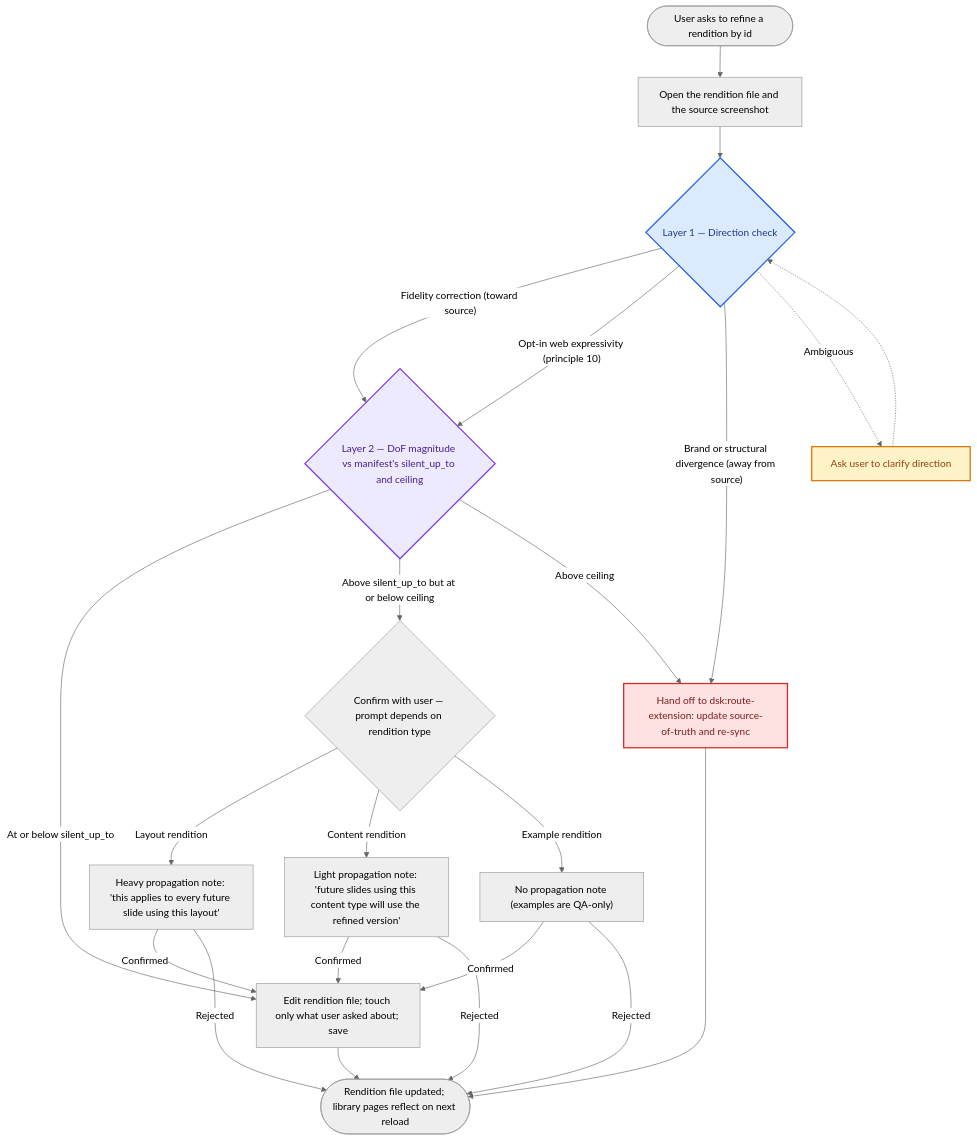
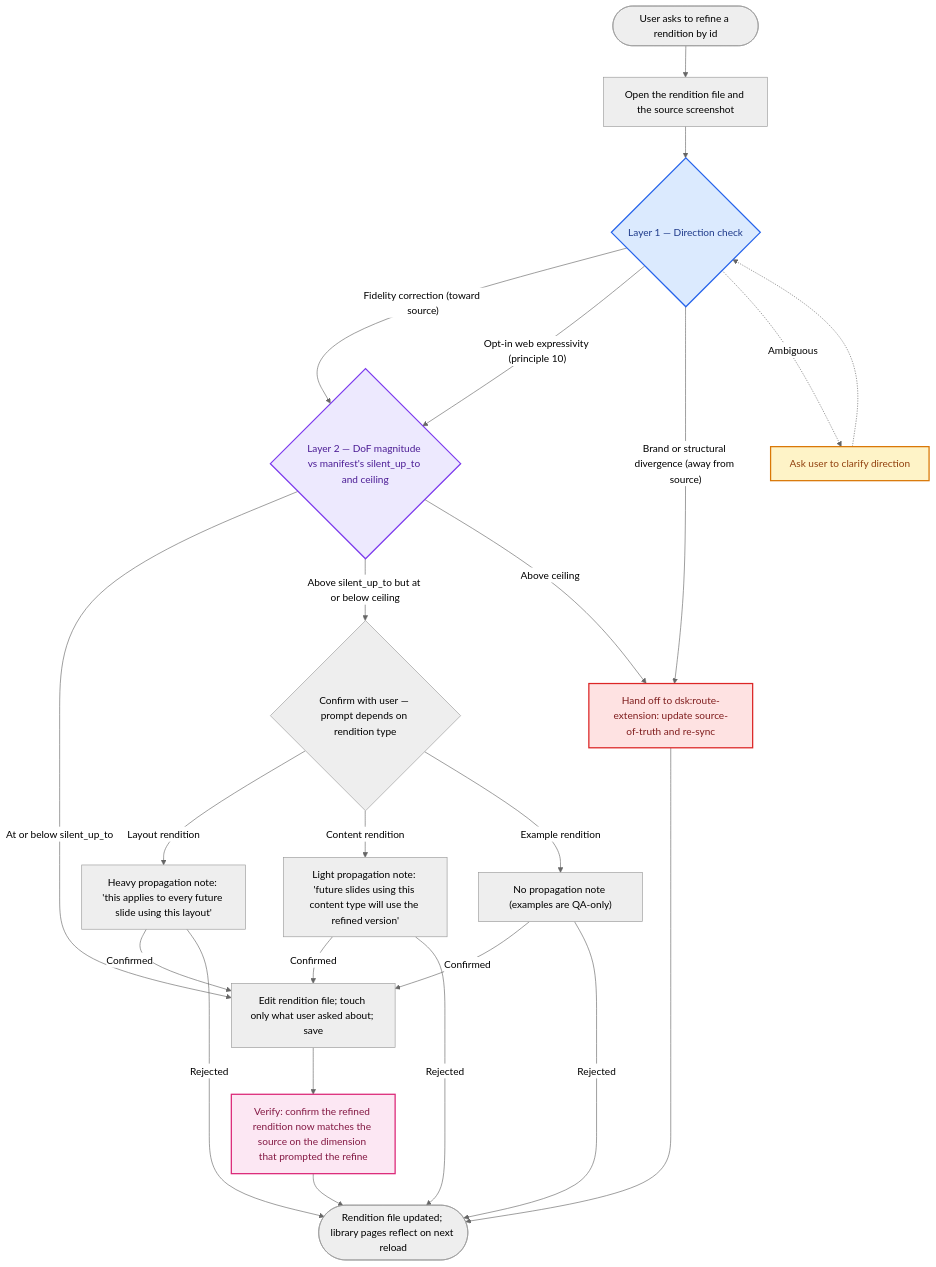
Before and after one commit to dawid-dahl-umain/design-system-kernel: the fifth of 5 diagrams in dsk/skills/context/lifecycles.md, drawn with Mermaid (neutral theme). The commit also changed other lines of this file and 3 other files, not shown here.

````diff
--- a/dsk/skills/context/lifecycles.md
+++ b/dsk/skills/context/lifecycles.md
@@ -166,37 +174,40 @@
 ```mermaid
 flowchart TD
     Start([User asks to refine a rendition by id]) --> Identify[Open the rendition file and the source screenshot]
     Identify --> Direction{"Layer 1 — Direction check"}
     Direction -->|"Fidelity correction (toward source)"| DoFCheck{"Layer 2 — DoF magnitude vs manifest's silent_up_to and ceiling"}
     Direction -->|"Opt-in web expressivity (principle 10)"| DoFCheck
     Direction -->|"Brand or structural divergence (away from source)"| RouteOut[Hand off to dsk:route-extension: update source-of-truth and re-sync]
     Direction -.->|Ambiguous| AskClarify[Ask user to clarify direction]
     AskClarify -.-> Direction
 
     DoFCheck -->|"At or below silent_up_to"| Apply[Edit rendition file; touch only what user asked about; save]
     DoFCheck -->|"Above silent_up_to but at or below ceiling"| Confirm{"Confirm with user — prompt depends on rendition type"}
     DoFCheck -->|"Above ceiling"| RouteOut
 
     Confirm -->|Layout rendition| ConfirmLayout["Heavy propagation note: 'this applies to every future slide using this layout'"]
     Confirm -->|Content rendition| ConfirmContent["Light propagation note: 'future slides using this content type will use the refined version'"]
     Confirm -->|Example rendition| ConfirmExample["No propagation note (examples are QA-only)"]
 
     ConfirmLayout -->|Confirmed| Apply
     ConfirmContent -->|Confirmed| Apply
     ConfirmExample -->|Confirmed| Apply
     ConfirmLayout -->|Rejected| Done
     ConfirmContent -->|Rejected| Done
     ConfirmExample -->|Rejected| Done
 
-    Apply --> Done([Rendition file updated; library pages reflect on next reload])
+    Apply --> SelfVerify["Verify: confirm the refined rendition now matches the source on the dimension that prompted the refine"]
+    SelfVerify --> Done([Rendition file updated; library pages reflect on next reload])
     RouteOut --> Done
 
     classDef direction fill:#dbeafe,stroke:#2563eb,stroke-width:2px,color:#1e3a8a
     classDef dof       fill:#ede9fe,stroke:#7c3aed,stroke-width:2px,color:#4c1d95
+    classDef verifyStage fill:#fce7f3,stroke:#db2777,stroke-width:2px,color:#831843
     classDef clarify   fill:#fef3c7,stroke:#d97706,stroke-width:2px,color:#92400e
     classDef block     fill:#fee2e2,stroke:#dc2626,stroke-width:2px,color:#7f1d1d
     class Direction direction
     class DoFCheck dof
+    class SelfVerify verifyStage
     class AskClarify clarify
     class RouteOut block
 ```
````
